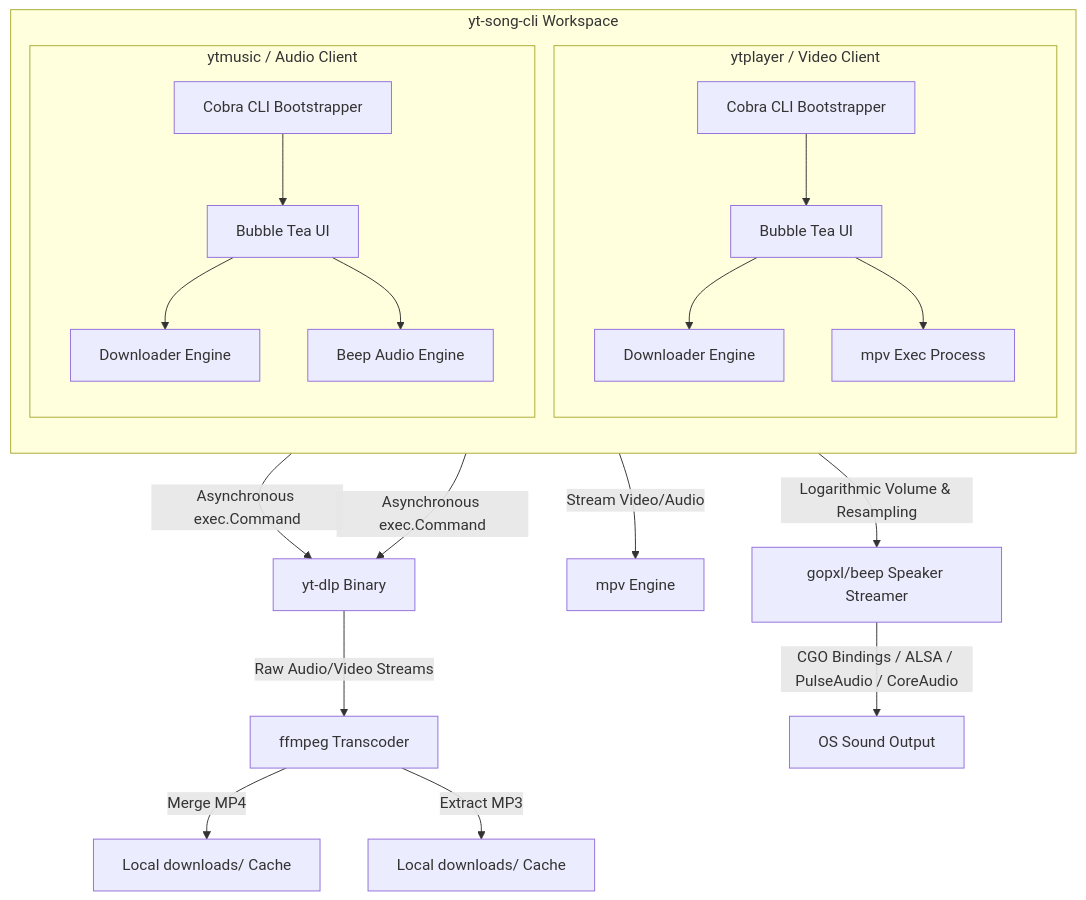
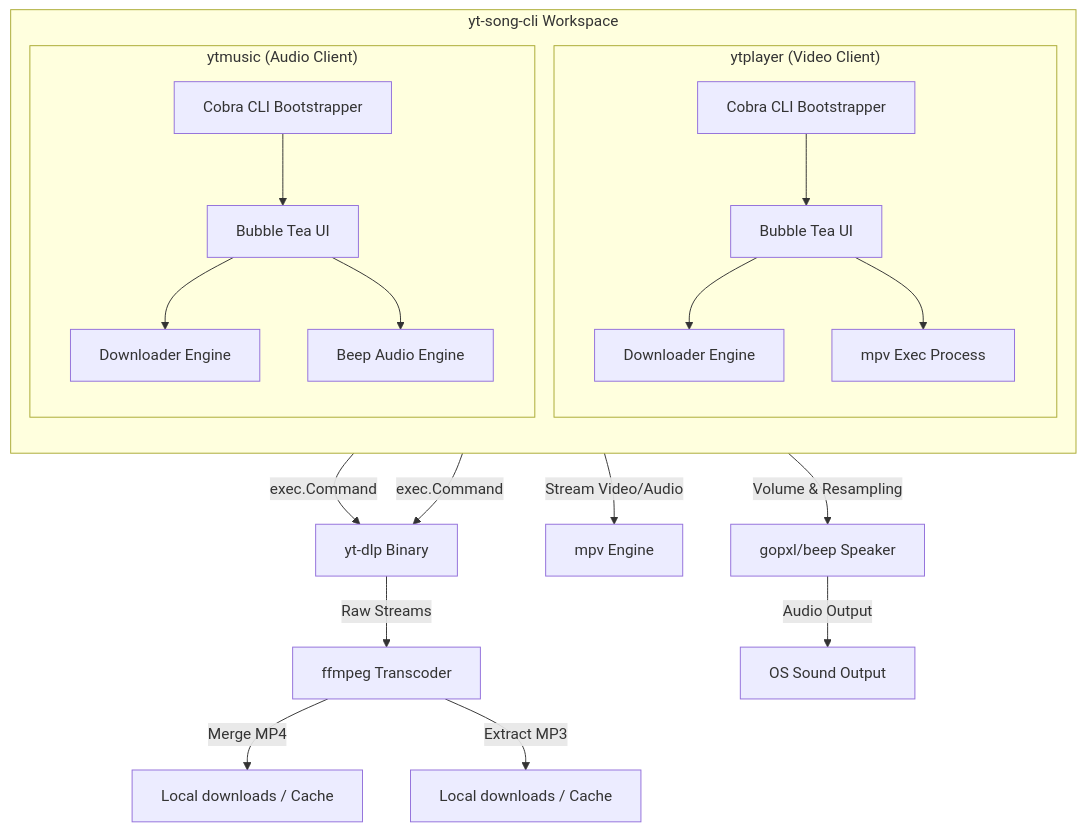
The diagram in README.md (Ping-Phantom39/yt-cli), drawn with Mermaid before and after one commit. The commit also changed other lines of this file, not shown here.

Commit message:
Broken System Architecture fixed

````diff
--- a/README.md
+++ b/README.md
@@ -37,29 +38,28 @@
 ```mermaid
 graph TD
-    subgraph Monorepo [yt-song-cli Workspace]
+    subgraph Monorepo["yt-song-cli Workspace"]
         direction TB
-        subgraph YTPlayer [ytplayer / Video Client]
-            VP_Cmd[Cobra CLI Bootstrapper] --> VP_UI[Bubble Tea UI]
-            VP_UI --> VP_DL[Downloader Engine]
-            VP_UI --> VP_Exec[mpv Exec Process]
+        subgraph YTPlayer["ytplayer (Video Client)"]
+            VP_Cmd["Cobra CLI Bootstrapper"] --> VP_UI["Bubble Tea UI"]
+            VP_UI --> VP_DL["Downloader Engine"]
+            VP_UI --> VP_Exec["mpv Exec Process"]
         end
-        
-        subgraph YTMusic [ytmusic / Audio Client]
-            MU_Cmd[Cobra CLI Bootstrapper] --> MU_UI[Bubble Tea UI]
-            MU_UI --> MU_DL[Downloader Engine]
-            MU_UI --> MU_Play[Beep Audio Engine]
+
+        subgraph YTMusic["ytmusic (Audio Client)"]
+            MU_Cmd["Cobra CLI Bootstrapper"] --> MU_UI["Bubble Tea UI"]
+            MU_UI --> MU_DL["Downloader Engine"]
+            MU_UI --> MU_Play["Beep Audio Engine"]
         end
     end
-    
+
     %% External Processes
-    VP_DL -->|Asynchronous exec.Command| YTDLP[yt-dlp Binary]
-    MU_DL -->|Asynchronous exec.Command| YTDLP
-    
-    YTDLP -->|Raw Audio/Video Streams| FFMPEG[ffmpeg Transcoder]
-    FFMPEG -->|Merge MP4| VP_Local[Local downloads/ Cache]
-    FFMPEG -->|Extract MP3| MU_Local[Local downloads/ Cache]
-    
-    VP_Exec -->|Stream Video/Audio| MPV[mpv Engine]
-    MU_Play -->|Logarithmic Volume & Resampling| Speaker[gopxl/beep Speaker Streamer]
-    Speaker -->|CGO Bindings / ALSA / PulseAudio / CoreAudio| Output[OS Sound Output]
+    VP_DL -->|exec.Command| YTDLP["yt-dlp Binary"]
+    MU_DL -->|exec.Command| YTDLP
+    YTDLP -->|Raw Streams| FFMPEG["ffmpeg Transcoder"]
+    FFMPEG -->|Merge MP4| VP_Local["Local downloads / Cache"]
+    FFMPEG -->|Extract MP3| MU_Local["Local downloads / Cache"]
+
+    VP_Exec -->|Stream Video/Audio| MPV["mpv Engine"]
+    MU_Play -->|Volume & Resampling| Speaker["gopxl/beep Speaker"]
+    Speaker -->|Audio Output| Output["OS Sound Output"]
 ```
````
